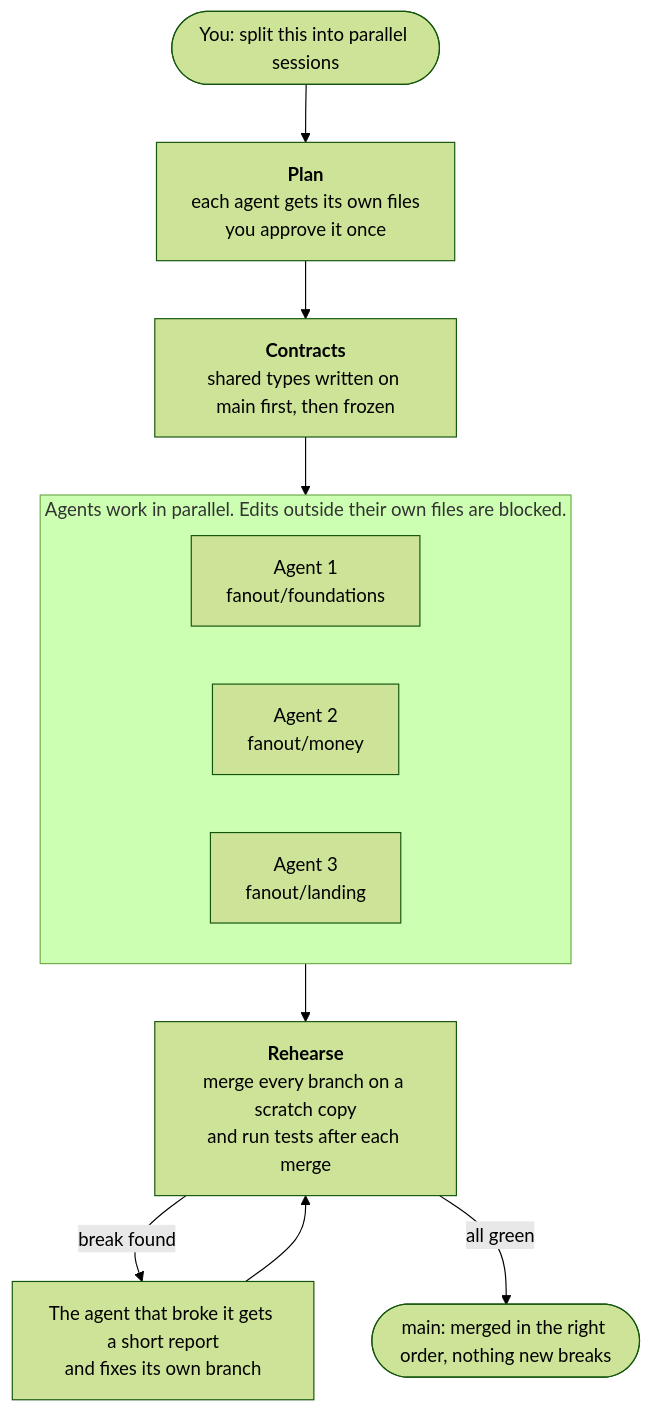
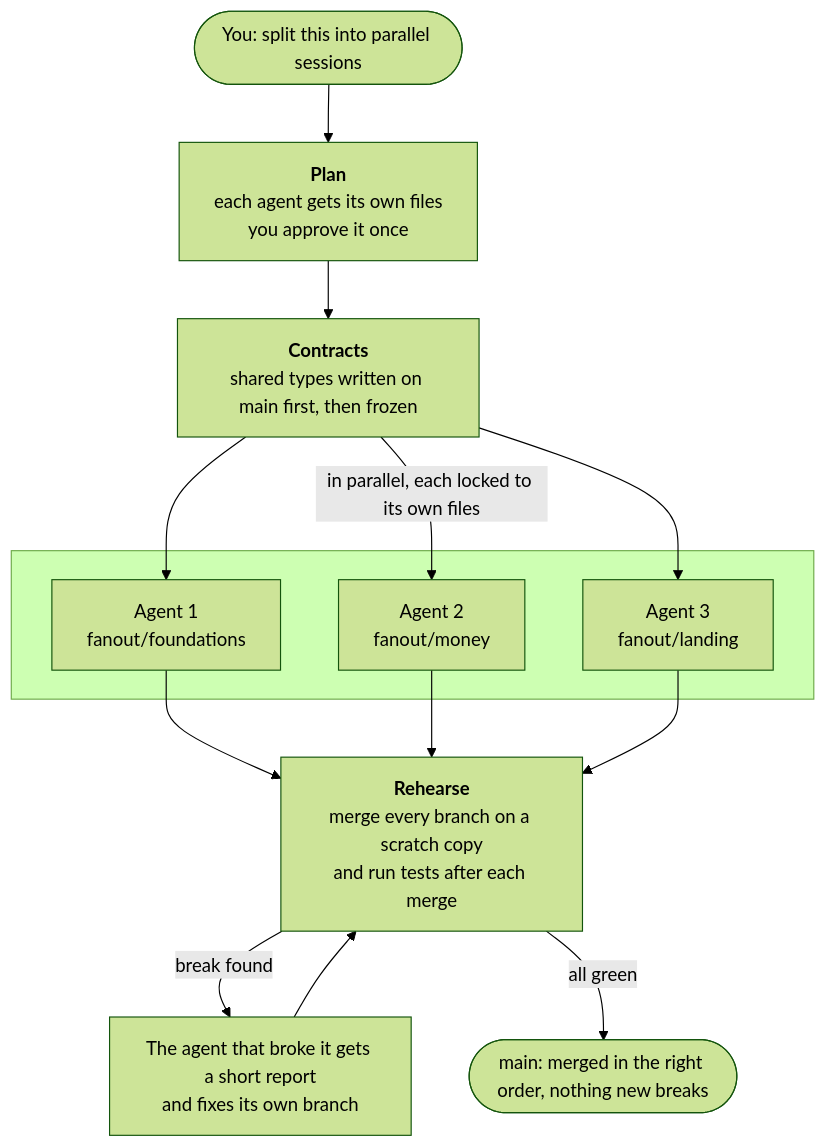
The diagram in README.md (Breadstick-Crumbs/fanout), drawn with Mermaid (forest theme) before and after one commit.

Commit message:
README: tighten the Mermaid diagram (compact agent group, ordered lanes)

````diff
--- a/README.md
+++ b/README.md
@@ -22,19 +22,21 @@
 ```mermaid
 flowchart TD
     you(["You: split this into parallel sessions"])
     plan["<b>Plan</b><br/>each agent gets its own files<br/>you approve it once"]
     contracts["<b>Contracts</b><br/>shared types written on main first, then frozen"]
-    subgraph lanes["Agents work in parallel. Edits outside their own files are blocked."]
+    subgraph lanes[" "]
         a1["Agent 1<br/>fanout/foundations"]
         a2["Agent 2<br/>fanout/money"]
         a3["Agent 3<br/>fanout/landing"]
     end
     rehearse["<b>Rehearse</b><br/>merge every branch on a scratch copy<br/>and run tests after each merge"]
     fix["The agent that broke it gets a short report<br/>and fixes its own branch"]
     merged(["main: merged in the right order, nothing new breaks"])
 
-    you --> plan --> contracts --> lanes
-    lanes --> rehearse
+    you --> plan --> contracts
+    contracts --> a1 & a3
+    contracts -- "in parallel, each locked to its own files" --> a2
+    a1 & a2 & a3 --> rehearse
     rehearse -- "break found" --> fix --> rehearse
     rehearse -- "all green" --> merged
 ```
````
